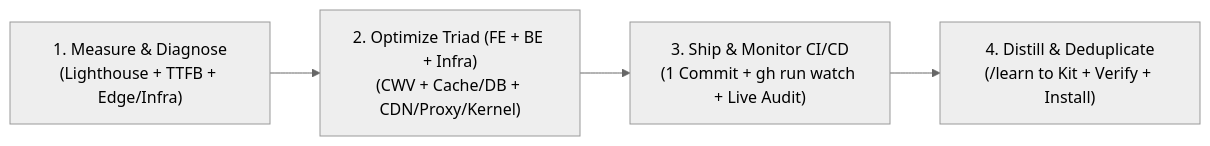
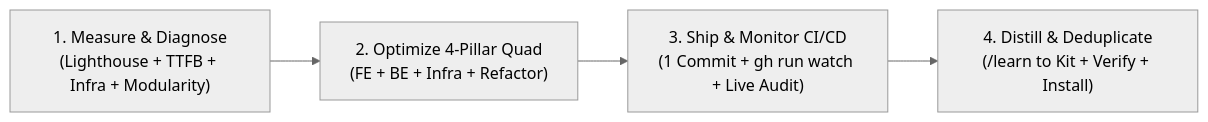
Before and after one commit to khanhduong22/agent-harness-kit: the diagram in skills/op-goal/SKILL.md, drawn with Mermaid (neutral theme). The commit also changed other lines of this file and 2 other files, not shown here.

Commit message:
feat(skills,rules): integrate mandatory god-file refactoring and modularity pillar into op-goal and code-simplification

````diff
--- a/skills/op-goal/SKILL.md
+++ b/skills/op-goal/SKILL.md
@@ -10,6 +10,6 @@
 ```mermaid
 flowchart LR
-    A["1. Measure & Diagnose<br/>(Lighthouse + TTFB + Edge/Infra)"] --> B["2. Optimize Triad (FE + BE + Infra)<br/>(CWV + Cache/DB + CDN/Proxy/Kernel)"]
+    A["1. Measure & Diagnose<br/>(Lighthouse + TTFB + Infra + Modularity)"] --> B["2. Optimize 4-Pillar Quad<br/>(FE + BE + Infra + Refactor)"]
     B --> C["3. Ship & Monitor CI/CD<br/>(1 Commit + gh run watch + Live Audit)"]
     C --> D["4. Distill & Deduplicate<br/>(/learn to Kit + Verify + Install)"]
 ```
````
